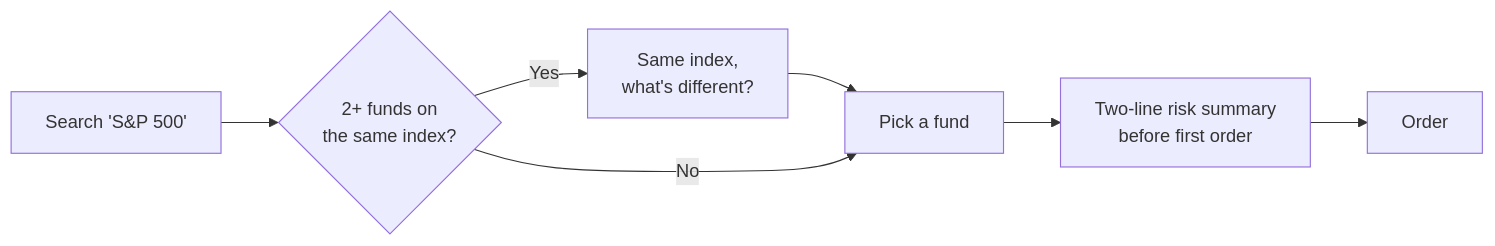
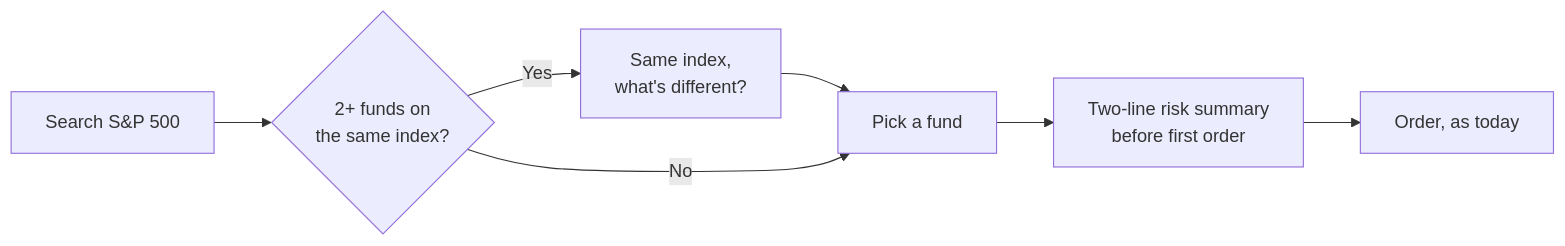
The second of 2 diagrams in README.md (mghazwan06-star/revolut-investing-teardown), drawn with Mermaid before and after one commit. The commit also changed other lines of this file, not shown here.

Commit message:
README: reading order, decision log and Miro research board section

````diff
--- a/README.md
+++ b/README.md
@@ -42,9 +73,9 @@
 ```mermaid
 flowchart LR
-    A[Search 'S&P 500'] --> B{2+ funds on<br/>the same index?}
-    B -- Yes --> C[Same index,<br/>what's different?]
-    C --> D[Pick a fund]
-    D --> E[Two-line risk summary<br/>before first order]
-    E --> F[Order]
+    A["Search S&P 500"] --> B{"2+ funds on<br/>the same index?"}
+    B -- Yes --> C["Same index,<br/>what's different?"]
+    C --> D["Pick a fund"]
     B -- No --> D
+    D --> E["Two-line risk summary<br/>before first order"]
+    E --> F["Order, as today"]
 ```
````
